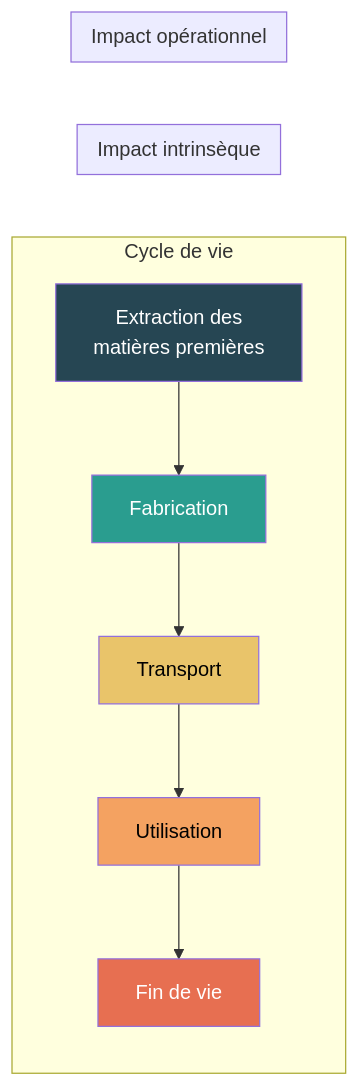
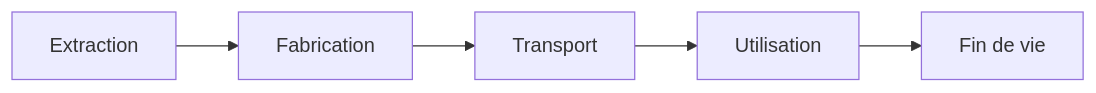
The diagram in docs/fondations/principes-acv-appliques-au-numerique.md (digital4better/methodology), drawn with Mermaid before and after one commit. The commit also changed other lines of this file and 193 other files, not shown here.

````diff
--- a/docs/fondations/principes-acv-appliques-au-numerique.md
+++ b/docs/fondations/principes-acv-appliques-au-numerique.md
@@ -17,26 +9,7 @@
 ```mermaid
 flowchart LR
-    subgraph Cycle de vie
-        A[Extraction des<br>matières premières] --> B[Fabrication]
-        B --> C[Transport]
-        C --> D[Utilisation]
-        D --> E[Fin de vie]
-    end
-
-    subgraph Impact intrinsèque
-        A
-        B
-        C
-        E
-    end
-
-    subgraph Impact opérationnel
-        D
-    end
-
-    style A fill:#264653,color:#fff
-    style B fill:#2a9d8f,color:#fff
-    style C fill:#e9c46a,color:#000
-    style D fill:#f4a261,color:#000
-    style E fill:#e76f51,color:#fff
+ A[Extraction] --> B[Fabrication]
+ B --> C[Transport]
+ C --> D[Utilisation]
+ D --> E[Fin de vie]
 ```
````
